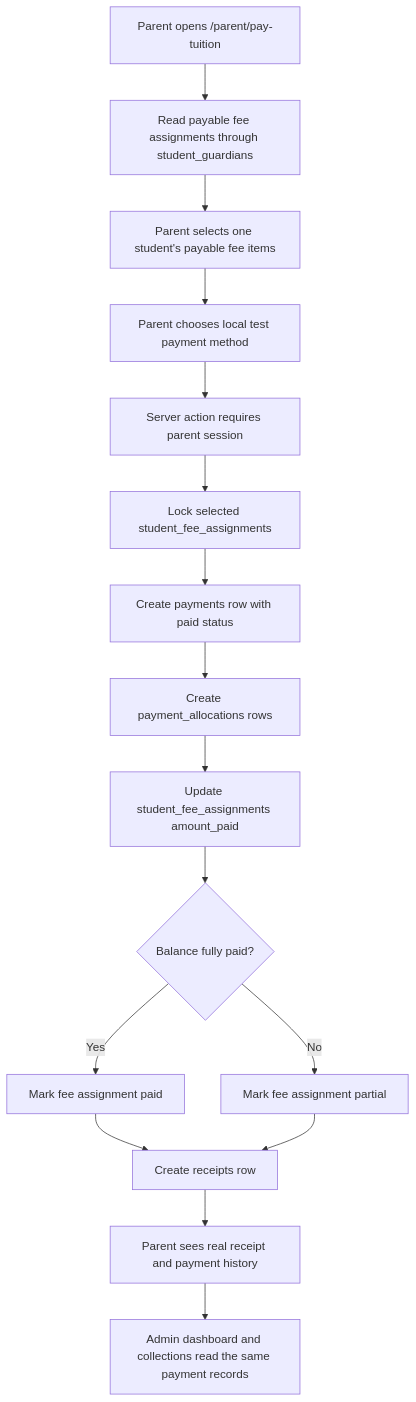
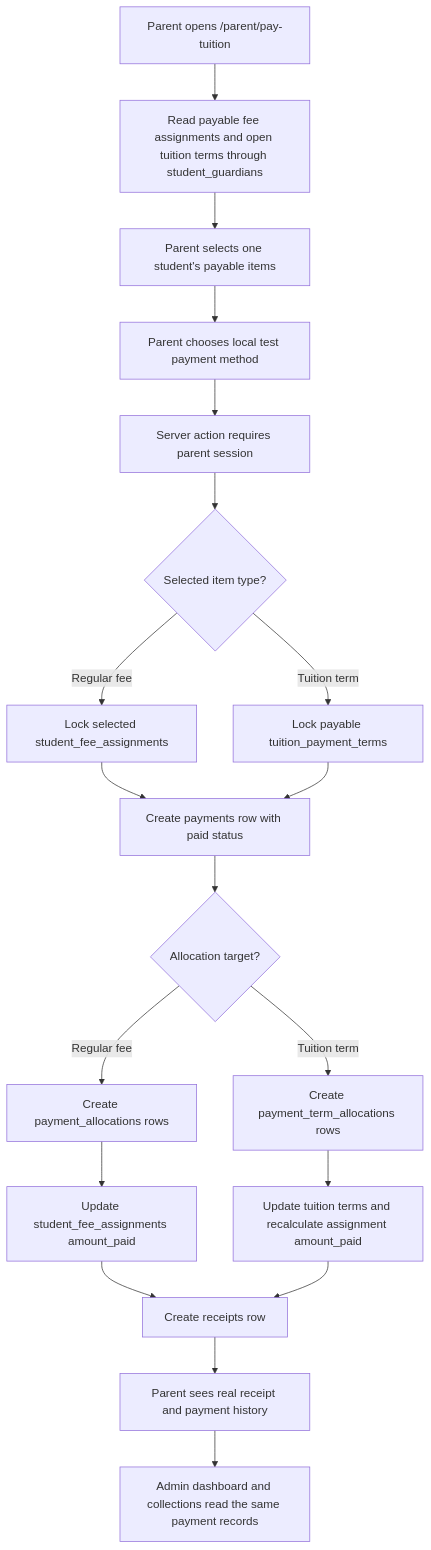
Diagram 13 of 17 in docs/PROJECT_FLOWCHARTS.md (Xeyn19/xmetapay), drawn with Mermaid before and after one commit. The commit also changed other lines of this file and 19 other files, not shown here.

````diff
--- a/docs/PROJECT_FLOWCHARTS.md
+++ b/docs/PROJECT_FLOWCHARTS.md
@@ -410,18 +413,21 @@
 ```mermaid
 flowchart TD
-  A["Parent opens /parent/pay-tuition"] --> B["Read payable fee assignments through student_guardians"]
-  B --> C["Parent selects one student's payable fee items"]
+  A["Parent opens /parent/pay-tuition"] --> B["Read payable fee assignments and open tuition terms through student_guardians"]
+  B --> C["Parent selects one student's payable items"]
   C --> D["Parent chooses local test payment method"]
   D --> E["Server action requires parent session"]
-  E --> F["Lock selected student_fee_assignments"]
-  F --> G["Create payments row with paid status"]
-  G --> H["Create payment_allocations rows"]
-  H --> I["Update student_fee_assignments amount_paid"]
-  I --> J{"Balance fully paid?"}
-  J -->|Yes| K["Mark fee assignment paid"]
-  J -->|No| L["Mark fee assignment partial"]
-  K --> M["Create receipts row"]
-  L --> M
-  M --> N["Parent sees real receipt and payment history"]
-  N --> O["Admin dashboard and collections read the same payment records"]
+  E --> F{"Selected item type?"}
+  F -->|Regular fee| G["Lock selected student_fee_assignments"]
+  F -->|Tuition term| H["Lock payable tuition_payment_terms"]
+  G --> I["Create payments row with paid status"]
+  H --> I
+  I --> J{"Allocation target?"}
+  J -->|Regular fee| K["Create payment_allocations rows"]
+  J -->|Tuition term| L["Create payment_term_allocations rows"]
+  K --> M["Update student_fee_assignments amount_paid"]
+  L --> N["Update tuition terms and recalculate assignment amount_paid"]
+  M --> O["Create receipts row"]
+  N --> O
+  O --> P["Parent sees real receipt and payment history"]
+  P --> Q["Admin dashboard and collections read the same payment records"]
 ```
````
